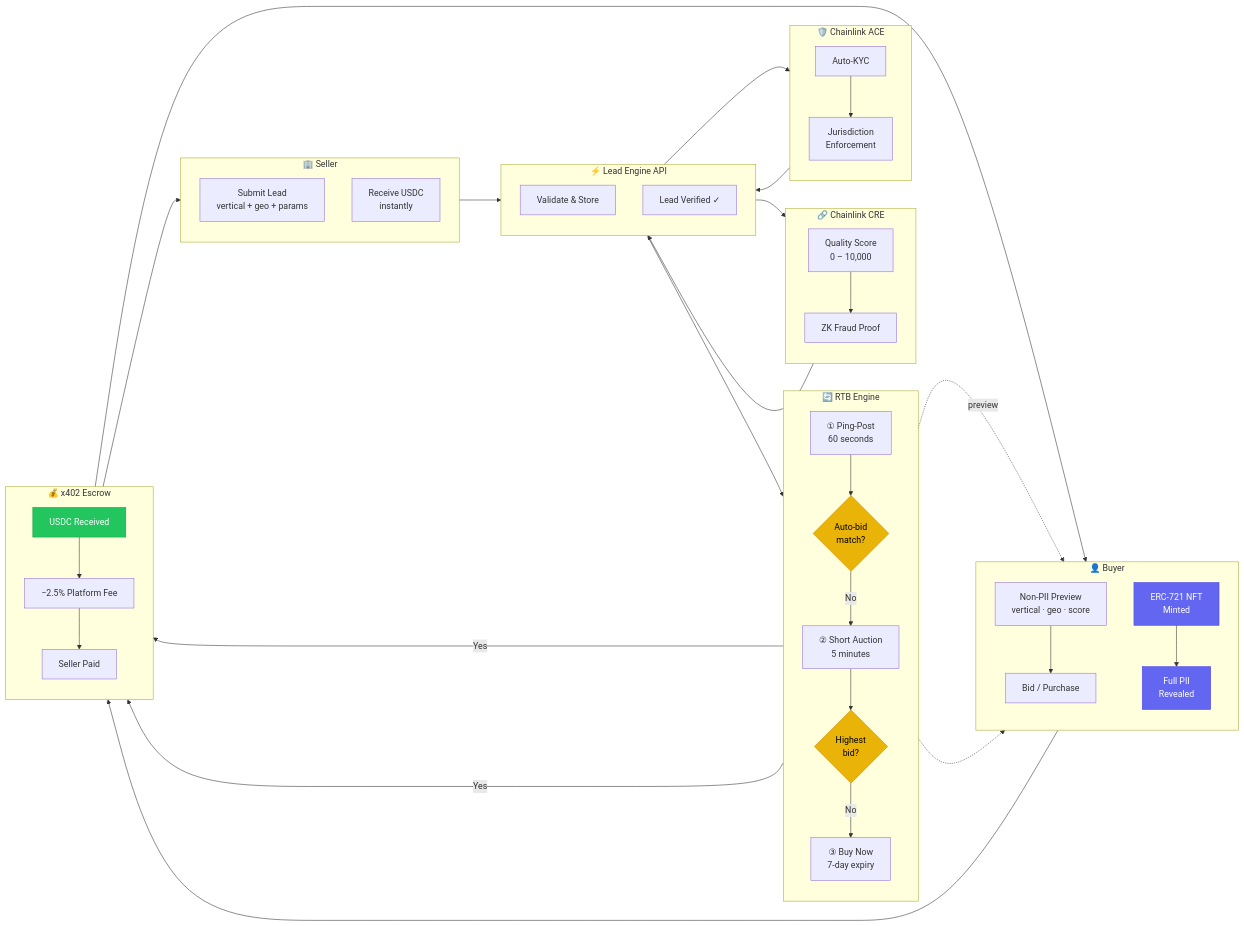
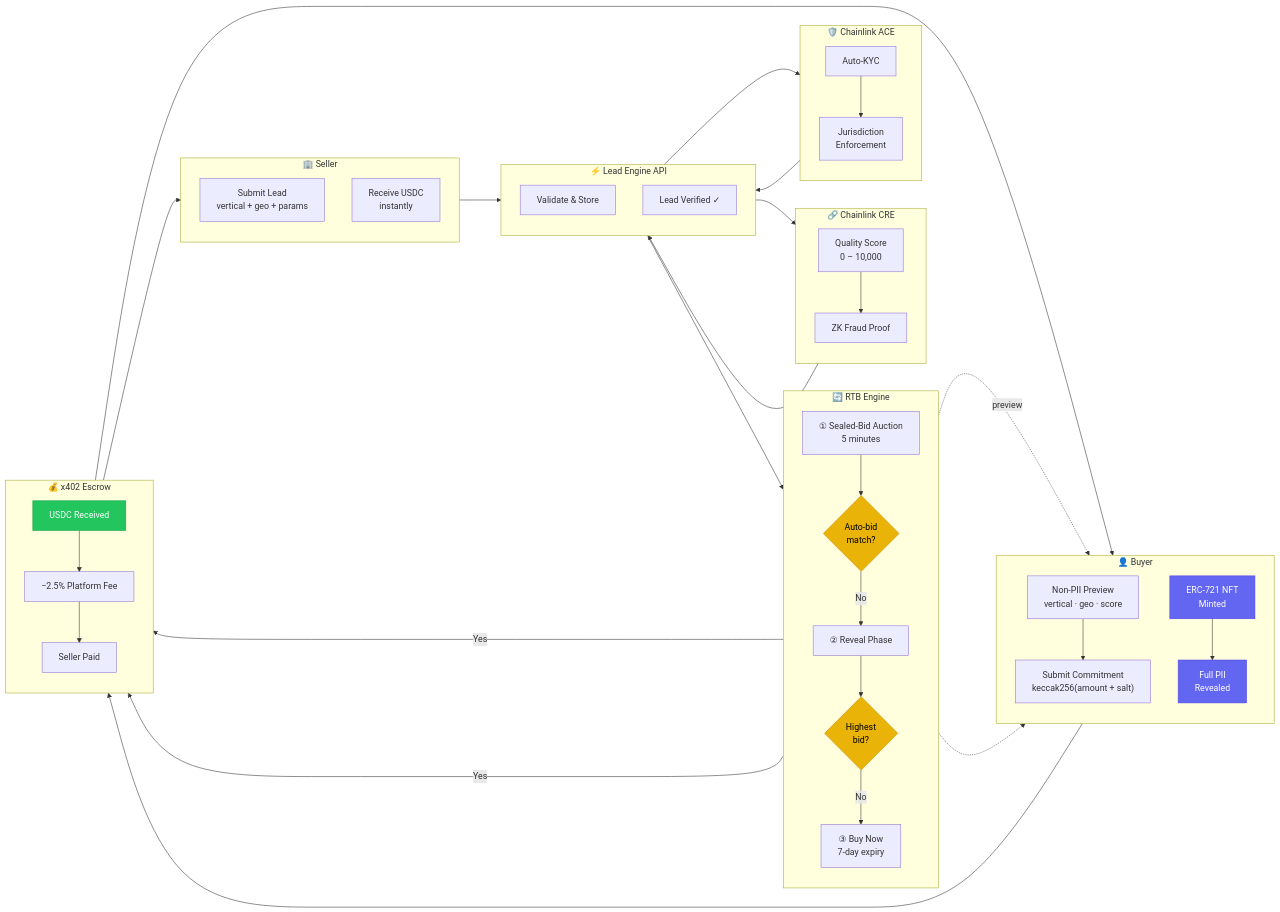
Before and after one commit to bnmbnmai/lead-engine-cre: the diagram in docs/smart-lightning-flow.md, drawn with Mermaid. The commit also changed other lines of this file and 3 other files, not shown here.

First line of the commit message:
docs: update all documentation to sealed-bid only

````diff
--- a/docs/smart-lightning-flow.md
+++ b/docs/smart-lightning-flow.md
@@ -3,79 +3,79 @@
 ```mermaid
 flowchart LR
     subgraph seller["🏢 Seller"]
         direction TB
         s1["Submit Lead<br/>vertical + geo + params"]
         s2["Receive USDC<br/>instantly"]
     end
 
     subgraph api["⚡ Lead Engine API"]
         direction TB
         a1["Validate & Store"]
         a2["Lead Verified ✓"]
     end
 
     subgraph cre["🔗 Chainlink CRE"]
         direction TB
         c1["Quality Score<br/>0 – 10,000"]
         c2["ZK Fraud Proof"]
         c1 --> c2
     end
 
     subgraph ace["🛡️ Chainlink ACE"]
         direction TB
         ac1["Auto-KYC"]
         ac2["Jurisdiction<br/>Enforcement"]
         ac1 --> ac2
     end
 
     subgraph rtb["🔄 RTB Engine"]
         direction TB
-        r1["① Ping-Post<br/>60 seconds"]
+        r1["① Sealed-Bid Auction<br/>5 minutes"]
         r2{"Auto-bid<br/>match?"}
-        r3["② Short Auction<br/>5 minutes"]
+        r3["② Reveal Phase"]
         r4{"Highest<br/>bid?"}
         r5["③ Buy Now<br/>7-day expiry"]
         r1 --> r2
         r2 -->|No| r3
         r3 --> r4
         r4 -->|No| r5
     end
 
     subgraph buyer["👤 Buyer"]
         direction TB
         b1["Non-PII Preview<br/>vertical · geo · score"]
-        b2["Bid / Purchase"]
+        b2["Submit Commitment<br/>keccak256(amount + salt)"]
         b3["ERC-721 NFT<br/>Minted"]
         b4["Full PII<br/>Revealed"]
         b1 --> b2
         b3 --> b4
     end
 
     subgraph escrow["💰 x402 Escrow"]
         direction TB
         e1["USDC Received"]
         e2["−2.5% Platform Fee"]
         e3["Seller Paid"]
         e1 --> e2 --> e3
     end
 
     s1 --> a1
     a1 --> c1
     a1 --> ac1
     c2 --> a2
     ac2 --> a2
     a2 --> r1
     r1 -.->|preview| b1
     r2 -->|"Yes"| e1
     r4 -->|"Yes"| e1
     r5 -.-> b2
     b2 --> e1
     e1 --> b3
     e3 --> s2
 
     style r2 fill:#eab308,stroke:#ca8a04,color:#000
     style r4 fill:#eab308,stroke:#ca8a04,color:#000
     style e1 fill:#22c55e,stroke:#16a34a,color:#fff
     style b3 fill:#6366f1,stroke:#4f46e5,color:#fff
     style b4 fill:#6366f1,stroke:#4f46e5,color:#fff
 ```
````
